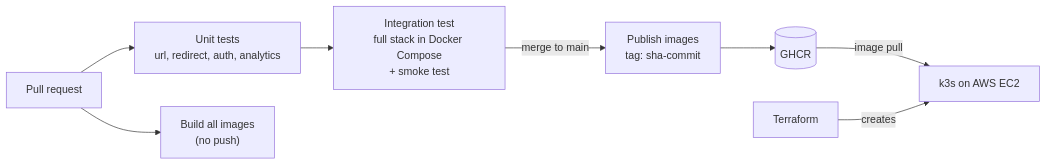
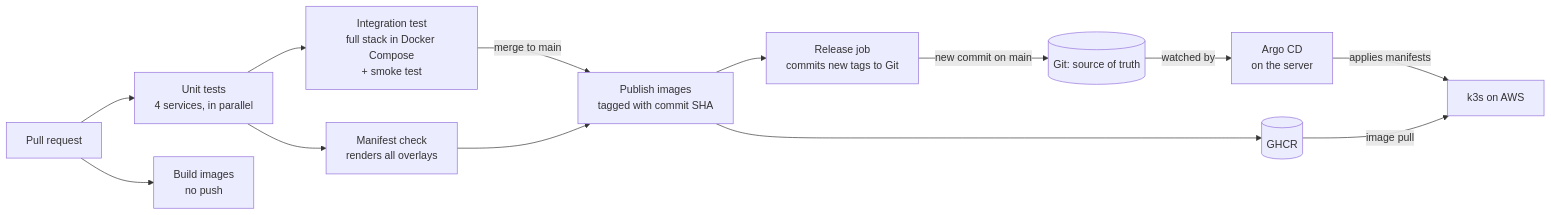
Before and after one commit to Thiranjshan/url-shortener: the third of 3 diagrams in README.md, drawn with Mermaid. The commit also changed other lines of this file and 5 other files, not shown here.

````diff
--- a/README.md
+++ b/README.md
@@ -114,10 +114,15 @@
 ```mermaid
 flowchart LR
-    PR["Pull request"] --> T["Unit tests<br/>url, redirect, auth, analytics"]
+    PR["Pull request"] --> T["Unit tests<br/>4 services, in parallel"]
+    T --> V["Manifest check<br/>renders all overlays"]
+    PR --> B["Build images<br/>no push"]
     T --> I["Integration test<br/>full stack in Docker Compose<br/>+ smoke test"]
-    PR --> B["Build all images<br/>(no push)"]
-    I -->|"merge to main"| P["Publish images<br/>tag: sha-commit"]
+    I -->|"merge to main"| P["Publish images<br/>tagged with commit SHA"]
+    V --> P
     P --> R[("GHCR")]
-    R -->|"image pull"| K["k3s on AWS EC2"]
-    TF["Terraform"] -->|"creates"| K
+    P --> REL["Release job<br/>commits new tags to Git"]
+    REL -->|"new commit on main"| GIT[("Git: source of truth")]
+    GIT -->|"watched by"| AC["Argo CD<br/>on the server"]
+    AC -->|"applies manifests"| K["k3s on AWS"]
+    R -->|"image pull"| K
 ```
````
